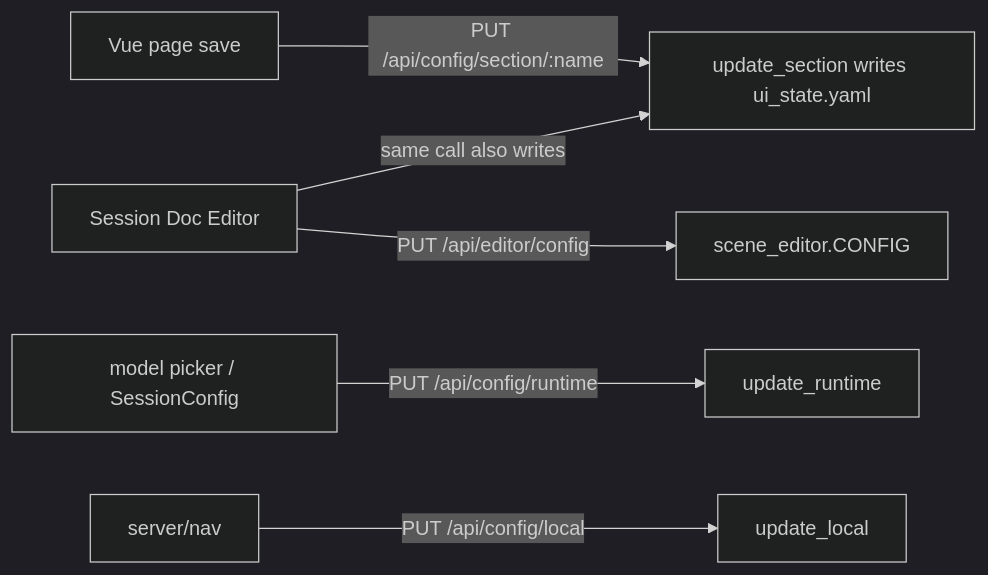
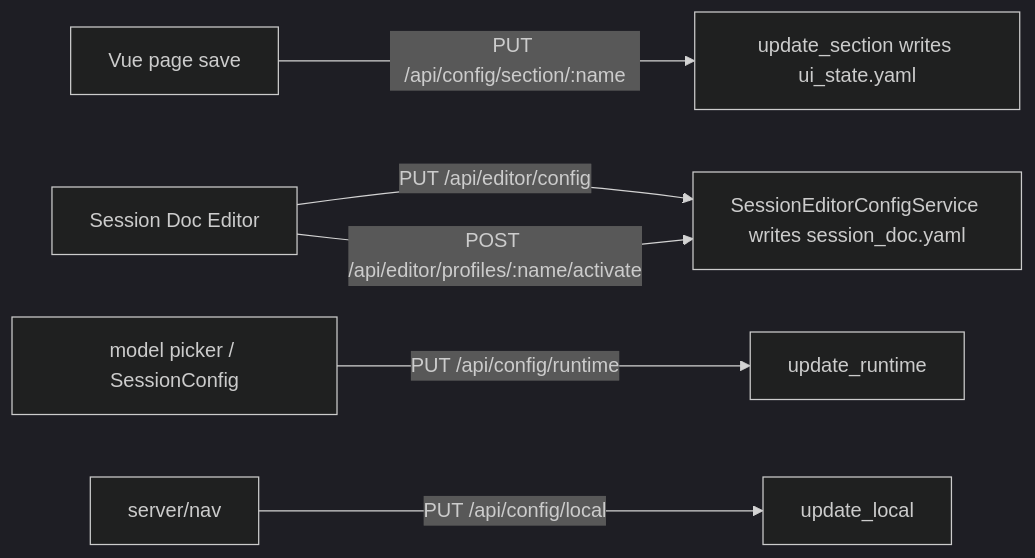
One commit to kostadis/CampaignGenerator changed the diagram in docs/config/values.md. Above: the diagram before and after it, drawn with Mermaid (dark theme). The commit also changed other lines of this file and 6 other files, not shown here.

````diff
--- a/docs/config/values.md
+++ b/docs/config/values.md
@@ -8,8 +8,8 @@
 ```mermaid
 flowchart LR
   Page[Vue page save] -->|PUT /api/config/section/:name| US["update_section writes ui_state.yaml"]
-  Editor[Session Doc Editor] -->|PUT /api/editor/config| CFG[scene_editor.CONFIG]
-  Editor -->|same call also writes| US
+  Editor[Session Doc Editor] -->|PUT /api/editor/config| SES["SessionEditorConfigService writes session_doc.yaml"]
+  Editor -->|POST /api/editor/profiles/:name/activate| SES
   Picker["model picker / SessionConfig"] -->|PUT /api/config/runtime| RT[update_runtime]
   LocalUI["server/nav"] -->|PUT /api/config/local| LOC[update_local]
 ```
````
